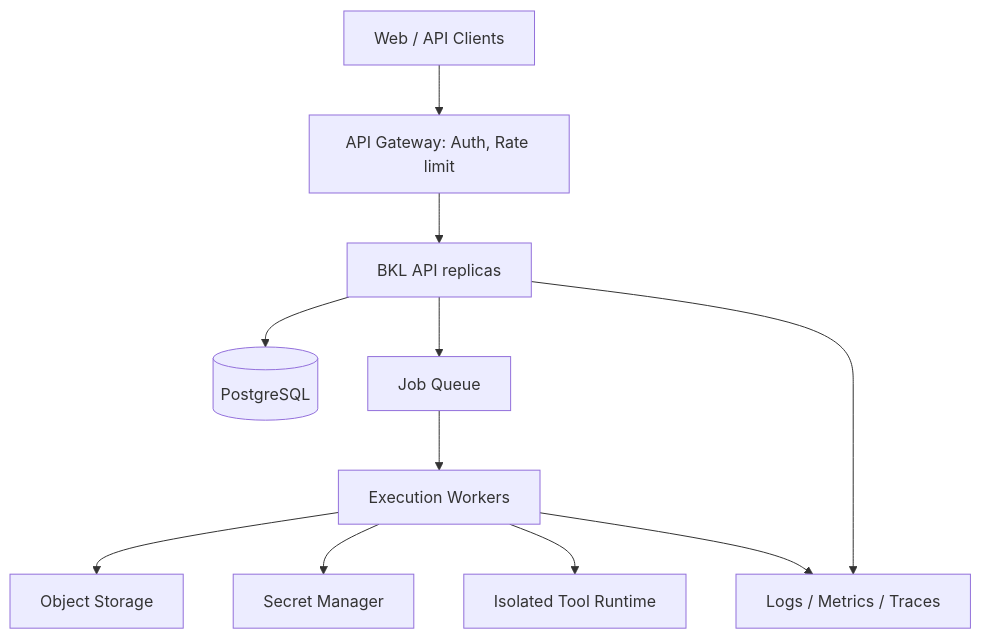
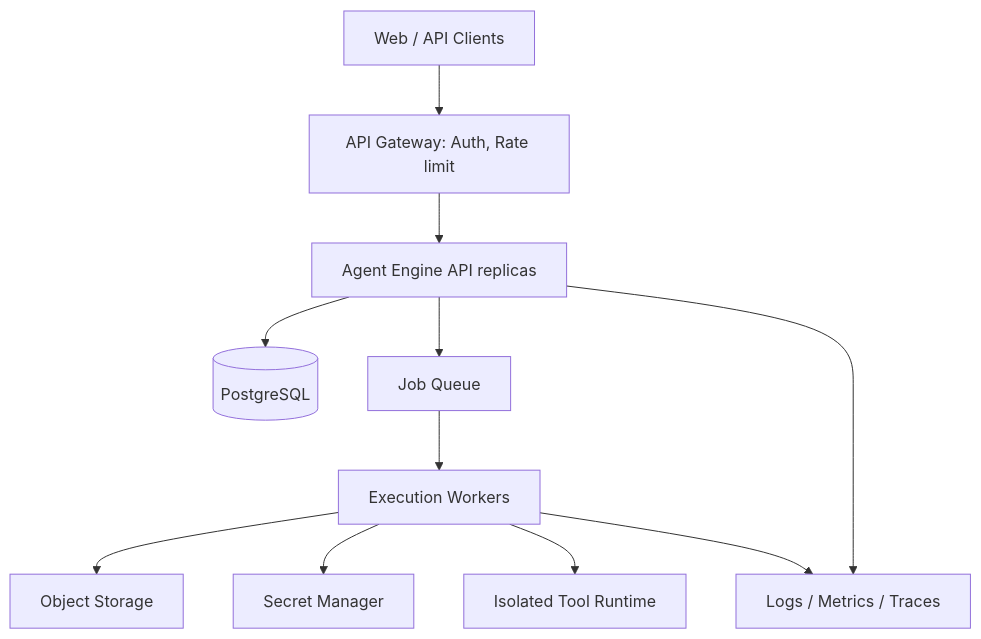
The third of 3 diagrams in docs/架构总览与演进.md (wangboy91/agent-engine), drawn with Mermaid before and after one commit. The commit also changed other lines of this file and 67 other files, not shown here.

````diff
--- a/docs/架构总览与演进.md
+++ b/docs/架构总览与演进.md
@@ -157,13 +157,13 @@
 ```mermaid
 flowchart TB
   Client[Web / API Clients] --> GW[API Gateway: Auth, Rate limit]
-  GW --> API[BKL API replicas]
+  GW --> API[Agent Engine API replicas]
   API --> DB[(PostgreSQL)]
   API --> Queue[Job Queue]
   Queue --> Worker[Execution Workers]
   Worker --> Obj[Object Storage]
   Worker --> KMS[Secret Manager]
   Worker --> Sandbox[Isolated Tool Runtime]
   API --> Obs[Logs / Metrics / Traces]
   Worker --> Obs
 ```
````
